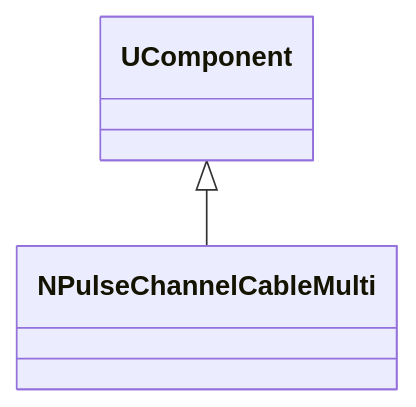
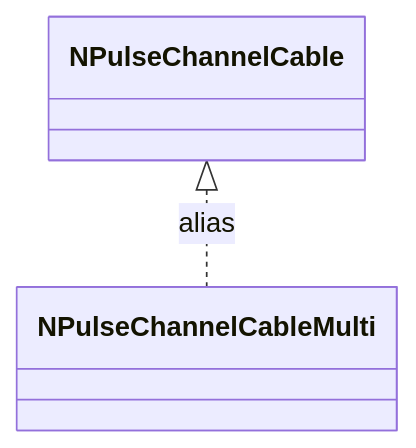
The second of 6 diagrams in Docs/Components/NPulseChannelCableMulti.md (aicommunity/Nmsdk-PulseLib), drawn with Mermaid before and after one commit. The commit also changed other lines of this file and 196 other files, not shown here.

````diff
--- a/Docs/Components/NPulseChannelCableMulti.md
+++ b/Docs/Components/NPulseChannelCableMulti.md
@@ -69,4 +94,4 @@
 ```mermaid
 classDiagram
-    UComponent <|-- NPulseChannelCableMulti
+    NPulseChannelCable <|.. NPulseChannelCableMulti : alias
 ```
````
